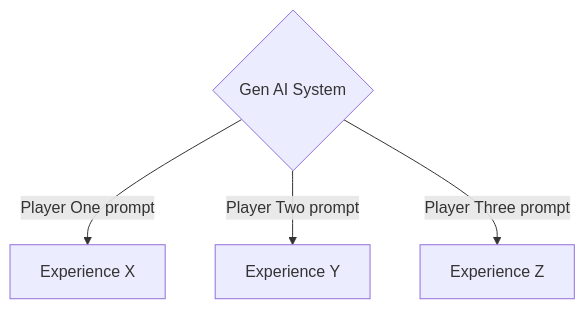
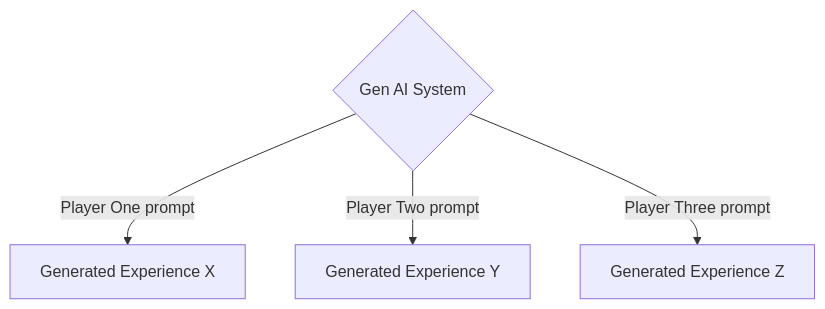
Before and after one commit to OnChainSurvivor/OnChainSurvivor: the first of 6 diagrams in README.md, drawn with Mermaid. The commit also changed other lines of this file, not shown here.

````diff
--- a/README.md
+++ b/README.md
@@ -13,7 +10,7 @@
 ```mermaid
 flowchart TD
  C{Gen AI System}
-    C -->|Player One prompt| D[Experience X]
-    C -->|Player Two prompt| E[Experience  Y]
-    C -->|Player Three prompt| F[Experience Z]
+    C -->|Player One prompt| D[Generated Experience X]
+    C -->|Player Two prompt| E[Generated Experience  Y]
+    C -->|Player Three prompt| F[Generated Experience Z]
 ```
````
